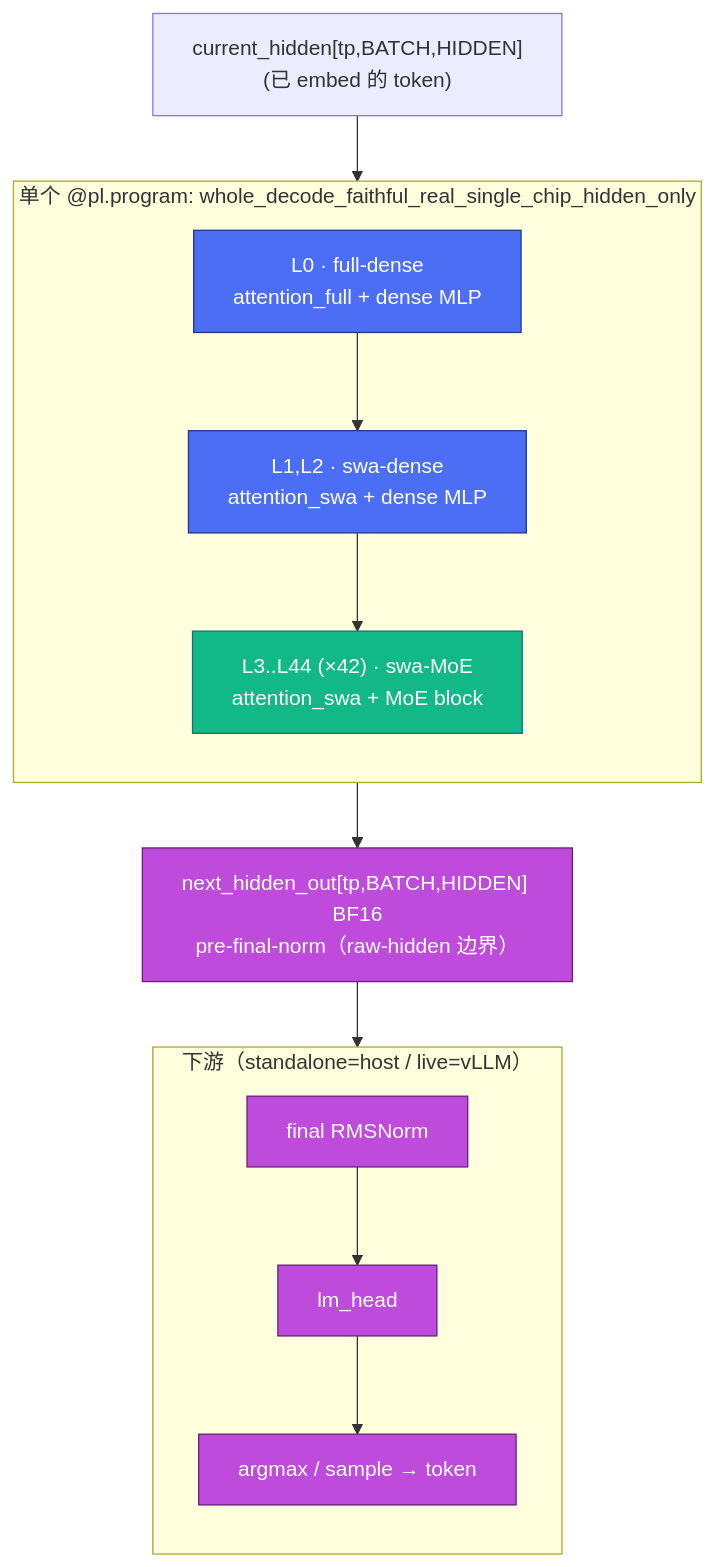
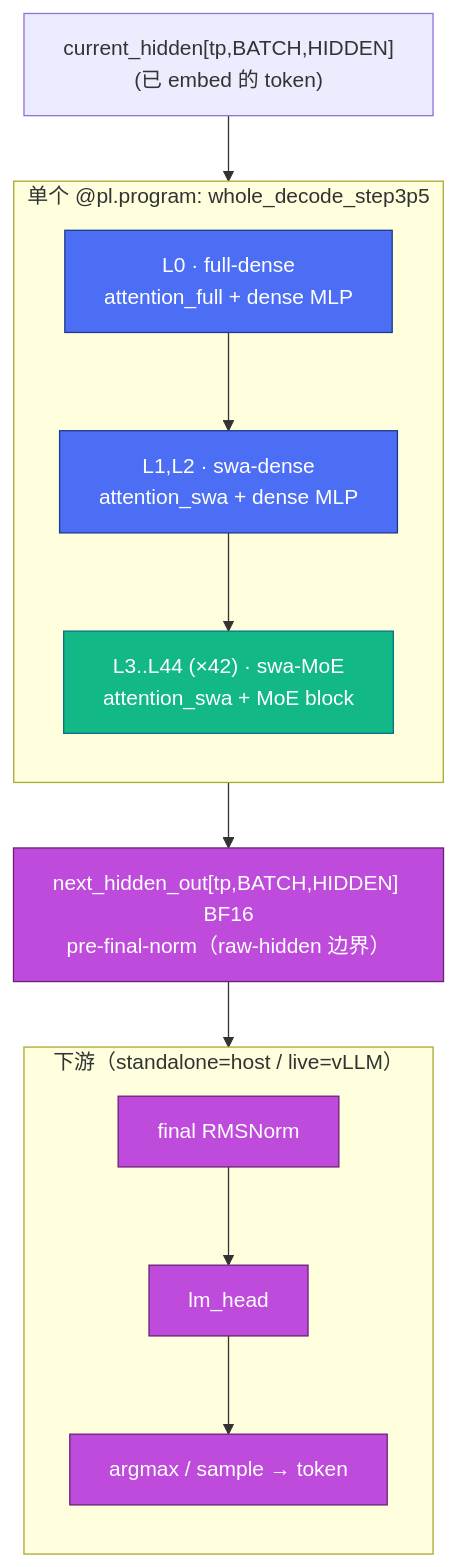
Before and after one commit to csy0225/pypto-project: the first of 4 diagrams in design/whole-net/01-system-design.md, drawn with Mermaid. The commit also changed other lines of this file and 19 other files, not shown here.

````diff
--- a/design/whole-net/01-system-design.md
+++ b/design/whole-net/01-system-design.md
@@ -26,26 +26,26 @@
 ```mermaid
 graph TD
     IN["current_hidden[tp,BATCH,HIDDEN]<br/>(已 embed 的 token)"]
-    subgraph PROG["单个 @pl.program: whole_decode_faithful_real_single_chip_hidden_only"]
+    subgraph PROG["单个 @pl.program: whole_decode_step3p5"]
         direction TB
         L0["L0 · full-dense<br/>attention_full + dense MLP"]
         L12["L1,L2 · swa-dense<br/>attention_swa + dense MLP"]
         LMOE["L3..L44 (×42) · swa-MoE<br/>attention_swa + MoE block"]
     end
     HID["next_hidden_out[tp,BATCH,HIDDEN] BF16<br/>pre-final-norm（raw-hidden 边界）"]
     subgraph DOWN["下游（standalone=host / live=vLLM）"]
         direction TB
         NORM["final RMSNorm"]
         HEAD["lm_head"]
         ARG["argmax / sample → token"]
     end
 
     IN --> L0 --> L12 --> LMOE --> HID --> NORM --> HEAD --> ARG
 
     classDef a fill:#4C6EF5,stroke:#1E3A8A,color:#fff;
     classDef m fill:#12B886,stroke:#0B7285,color:#fff;
     classDef t fill:#BE4BDB,stroke:#6B2178,color:#fff;
     class L0,L12 a;
     class LMOE m;
     class HID,NORM,HEAD,ARG t;
 ```
````
